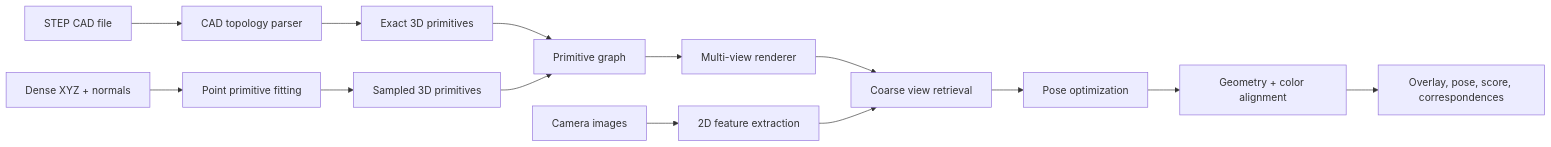
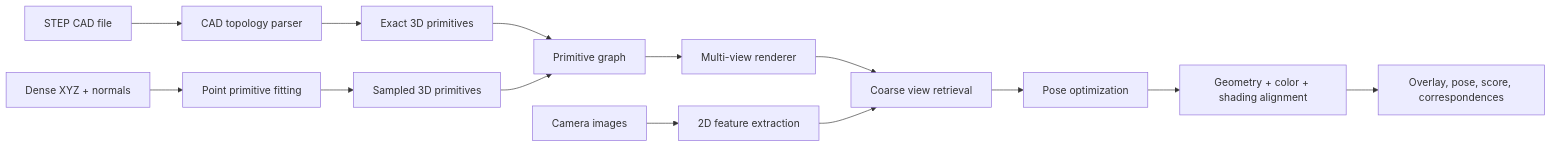
One commit to jinguheo/3Dto2DMatching changed the diagram in docs/alignment_system_design.md. Above: the diagram before and after it, drawn with Mermaid. The commit also changed other lines of this file and 2 other files, not shown here.

Commit message:
Expand alignment implementation design

````diff
--- a/docs/alignment_system_design.md
+++ b/docs/alignment_system_design.md
@@ -36,16 +42,16 @@
 ```mermaid
 flowchart LR
     A["STEP CAD file"] --> B["CAD topology parser"]
     C["Dense XYZ + normals"] --> D["Point primitive fitting"]
     B --> E["Exact 3D primitives"]
     D --> F["Sampled 3D primitives"]
     E --> G["Primitive graph"]
     F --> G
     G --> H["Multi-view renderer"]
     I["Camera images"] --> J["2D feature extraction"]
     H --> K["Coarse view retrieval"]
     J --> K
     K --> L["Pose optimization"]
-    L --> M["Geometry + color alignment"]
+    L --> M["Geometry + color + shading alignment"]
     M --> N["Overlay, pose, score, correspondences"]
 ```
````
